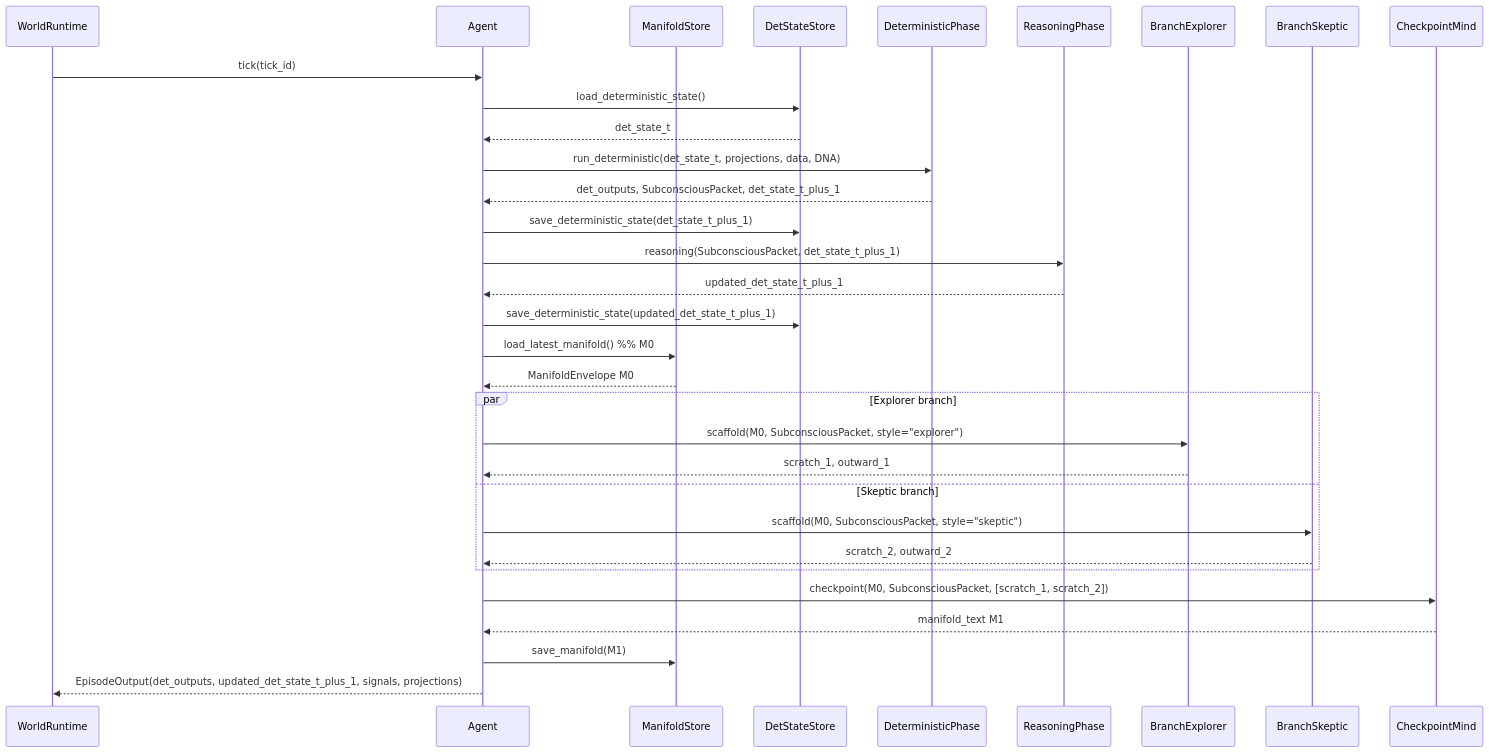
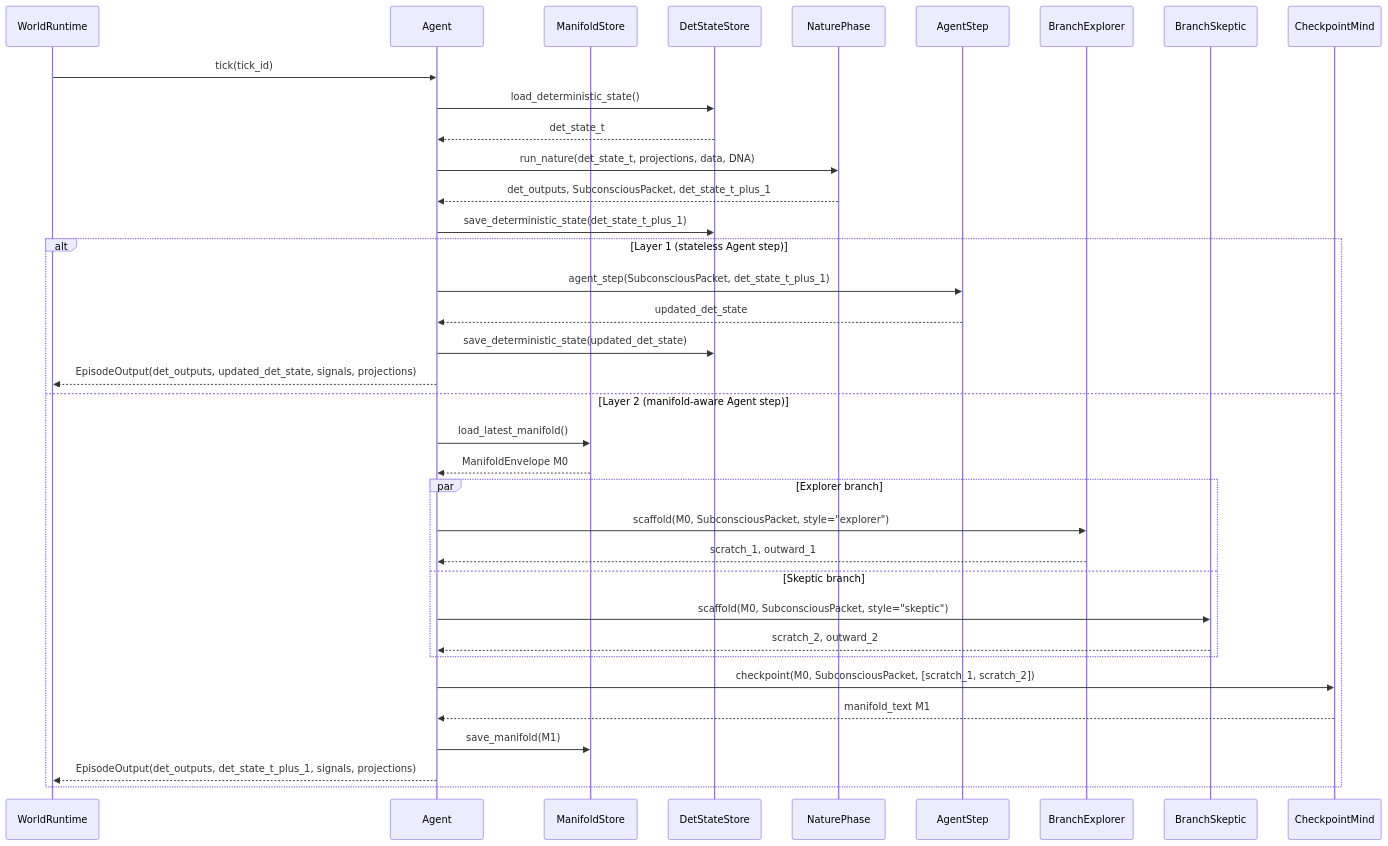
One commit to evanfollis/synaplex changed the first of 4 diagrams in README.md. Above: the diagram before and after it, drawn with Mermaid. The commit also changed other lines of this file, not shown here.

````diff
--- a/README.md
+++ b/README.md
@@ -122,50 +164,52 @@
 ```mermaid
 sequenceDiagram
     participant W as WorldRuntime
     participant A as Agent
     participant MS as ManifoldStore
     participant DS as DetStateStore
-    participant DET as DeterministicPhase
-    participant EP as ReasoningPhase
+    participant N as NaturePhase
+    participant AS as AgentStep
     participant B1 as BranchExplorer
     participant B2 as BranchSkeptic
     participant CP as CheckpointMind
 
     W->>A: tick(tick_id)
 
-    %% Deterministic / subconscious phase (no manifolds, no LLM)
+    %% Nature phase (no LLM, no manifolds)
     A->>DS: load_deterministic_state()
     DS-->>A: det_state_t
 
-    A->>DET: run_deterministic(det_state_t, projections, data, DNA)
-    DET-->>A: det_outputs, SubconsciousPacket, det_state_t_plus_1
+    A->>N: run_nature(det_state_t, projections, data, DNA)
+    N-->>A: det_outputs, SubconsciousPacket, det_state_t_plus_1
 
     A->>DS: save_deterministic_state(det_state_t_plus_1)
 
-    %% Reasoning / episodic phase (LLMs/tools allowed, no manifolds)
-    A->>EP: reasoning(SubconsciousPacket, det_state_t_plus_1)
-    EP-->>A: updated_det_state_t_plus_1
-    A->>DS: save_deterministic_state(updated_det_state_t_plus_1)
+    %% Agent step (world-mode dependent)
+    alt Layer 1 (stateless Agent step)
+        A->>AS: agent_step(SubconsciousPacket, det_state_t_plus_1)
+        AS-->>A: updated_det_state
+        A->>DS: save_deterministic_state(updated_det_state)
+        A-->>W: EpisodeOutput(det_outputs, updated_det_state, signals, projections)
+    else Layer 2 (manifold-aware Agent step)
+        %% Load nurture
+        A->>MS: load_latest_manifold()
+        MS-->>A: ManifoldEnvelope M0
 
-    %% Conscious / manifold phase (manifold I/O allowed)
-    A->>MS: load_latest_manifold()  %% M0
-    MS-->>A: ManifoldEnvelope M0
+        %% Optional branching (conjecture)
+        par Explorer branch
+            A->>B1: scaffold(M0, SubconsciousPacket, style="explorer")
+            B1-->>A: scratch_1, outward_1
+        and Skeptic branch
+            A->>B2: scaffold(M0, SubconsciousPacket, style="skeptic")
+            B2-->>A: scratch_2, outward_2
+        end
 
-    %% Optional multi-branch scaffolding (conjecture)
-    par Explorer branch
-        A->>B1: scaffold(M0, SubconsciousPacket, style="explorer")
-        B1-->>A: scratch_1, outward_1
-    and Skeptic branch
-        A->>B2: scaffold(M0, SubconsciousPacket, style="skeptic")
-        B2-->>A: scratch_2, outward_2
+        %% Checkpoint ritual (criticism & nurture update)
+        A->>CP: checkpoint(M0, SubconsciousPacket, [scratch_1, scratch_2])
+        CP-->>A: manifold_text M1
+
+        A->>MS: save_manifold(M1)
+
+        A-->>W: EpisodeOutput(det_outputs, det_state_t_plus_1, signals, projections)
     end
-
-    %% Checkpoint ritual (internal reconciliation, single write path)
-    A->>CP: checkpoint(M0, SubconsciousPacket, [scratch_1, scratch_2])
-    CP-->>A: manifold_text M1
-
-    A->>MS: save_manifold(M1)
-
-    %% Emit outer surfaces
-    A-->>W: EpisodeOutput(det_outputs, updated_det_state_t_plus_1, signals, projections)
 ```
````
